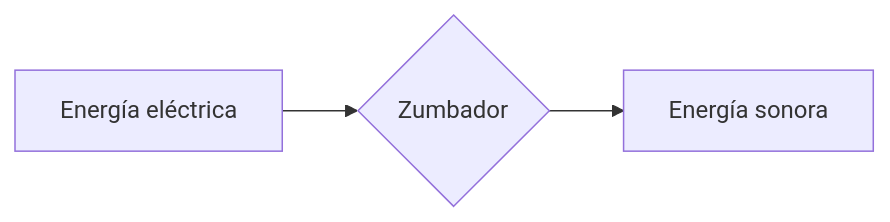
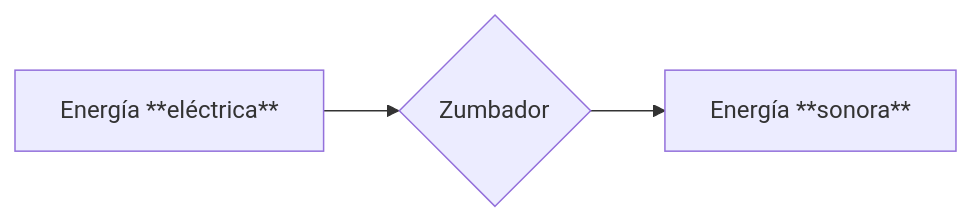
The fifth of 5 diagrams in docs/4_1_componentes_elec.md (citius70/electricidad_nueva-tecnologia-1eso), drawn with Mermaid before and after one commit. The commit also changed other lines of this file and 233 other files, not shown here.

````diff
--- a/docs/4_1_componentes_elec.md
+++ b/docs/4_1_componentes_elec.md
@@ -106,5 +115,5 @@
 ``` mermaid
 graph LR
-  A[Energía eléctrica] --> B{Zumbador};
-  B --> E[Energía sonora];
+  A[Energía **eléctrica**] --> B{Zumbador};
+  B --> E[Energía **sonora**];
 ```
````
